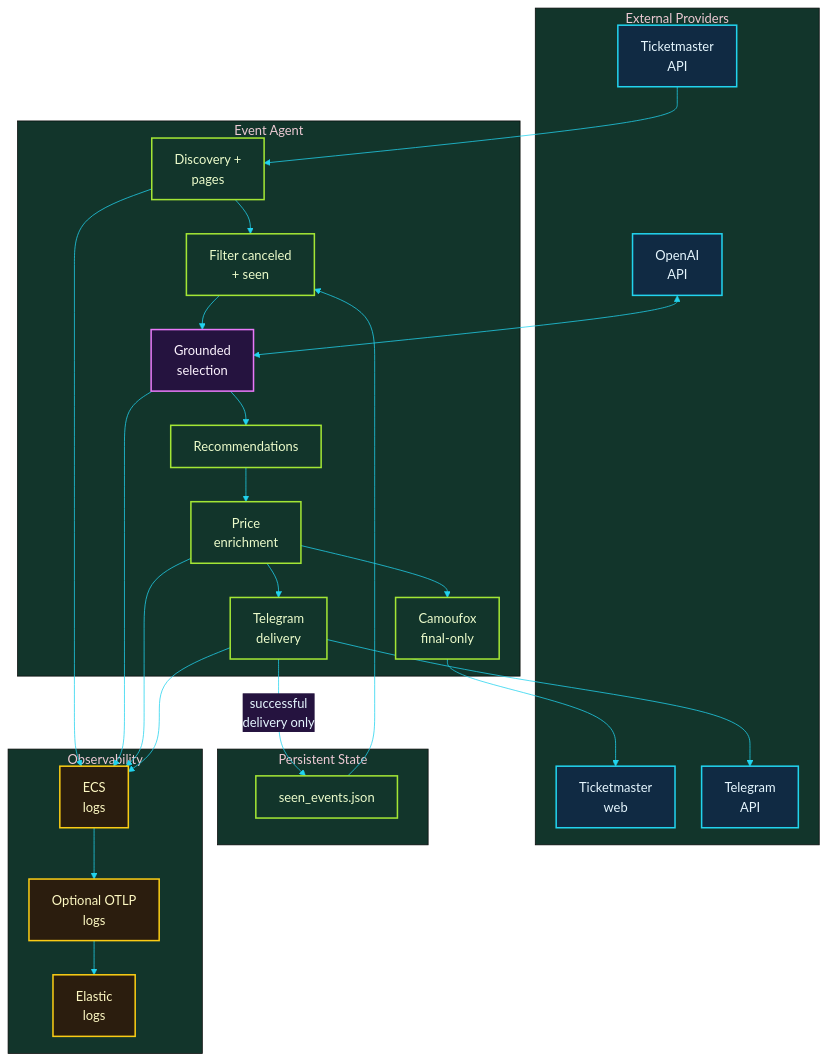
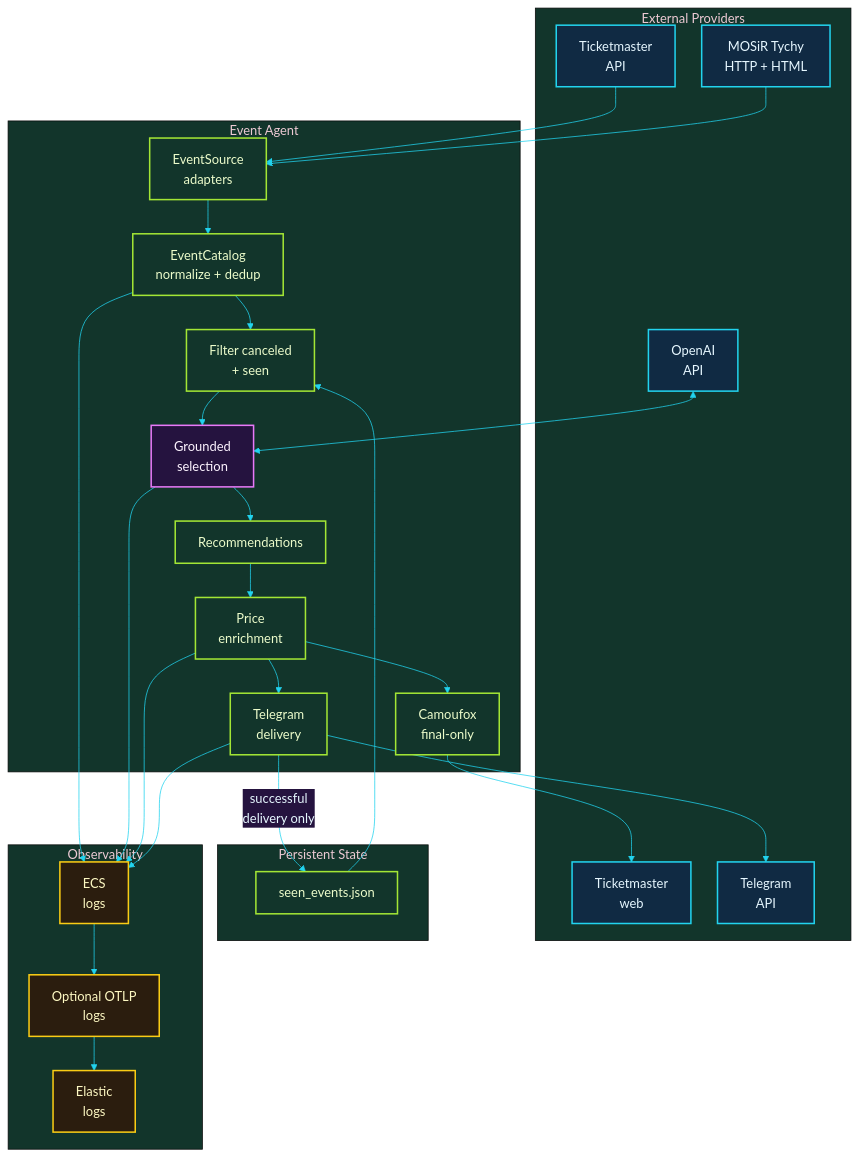
The first of 3 diagrams in docs/architecture.md (michalmarczuk/event-agent), drawn with Mermaid before and after one commit. The commit also changed other lines of this file and 5 other files, not shown here.

Commit message:
Document multi-source event discovery architecture

````diff
--- a/docs/architecture.md
+++ b/docs/architecture.md
@@ -30,51 +31,54 @@
 ```mermaid
 %%{init: {'theme': 'base', 'themeVariables': {'background': '#07111f', 'primaryColor': '#102a43', 'primaryTextColor': '#e6f7ff', 'primaryBorderColor': '#22d3ee', 'secondaryColor': '#25133f', 'tertiaryColor': '#12352b', 'lineColor': '#22d3ee', 'fontFamily': 'ui-sans-serif, system-ui', 'fontSize': '17px'}, 'flowchart': {'nodeSpacing': 35, 'rankSpacing': 45}}}%%
 flowchart TB
     subgraph providers["External Providers"]
         tm_api["Ticketmaster<br/>API"]
+        mosir["MOSiR Tychy<br/>HTTP + HTML"]
         openai["OpenAI<br/>API"]
         tm_web["Ticketmaster<br/>web"]
         telegram_api["Telegram<br/>API"]
     end
 
     subgraph event_agent["Event Agent"]
-        discovery["Discovery +<br/>pages"]
+        sources["EventSource<br/>adapters"]
+        catalog["EventCatalog<br/>normalize + dedup"]
         filtering["Filter canceled<br/>+ seen"]
         selection["Grounded<br/>selection"]
         final["Recommendations"]
         enrichment["Price<br/>enrichment"]
         camoufox["Camoufox<br/>final-only"]
         delivery["Telegram<br/>delivery"]
     end
 
     subgraph state["Persistent State"]
         history["seen_events.json"]
     end
 
     subgraph observability["Observability"]
         logs["ECS<br/>logs"]
         otlp["Optional OTLP<br/>logs"]
         elastic["Elastic<br/>logs"]
     end
 
-    tm_api --> discovery --> filtering --> selection
+    tm_api --> sources
+    mosir --> sources --> catalog --> filtering --> selection
     openai <--> selection
     selection --> final --> enrichment --> delivery
     enrichment --> camoufox --> tm_web
     delivery --> telegram_api
     history --> filtering
     delivery -->|"successful<br/>delivery only"| history
-    discovery --> logs
+    catalog --> logs
     selection --> logs
     enrichment --> logs
     delivery --> logs --> otlp --> elastic
 
     classDef external fill:#102a43,stroke:#22d3ee,color:#e6f7ff,stroke-width:2px;
     classDef ai fill:#25133f,stroke:#e879f9,color:#fdf4ff,stroke-width:2px;
     classDef deterministic fill:#12352b,stroke:#a3e635,color:#ecfccb,stroke-width:2px;
     classDef observability fill:#2b1d0e,stroke:#facc15,color:#fef9c3,stroke-width:2px;
-    class tm_api,openai,tm_web,telegram_api external;
+    class tm_api,mosir,openai,tm_web,telegram_api external;
     class selection ai;
-    class discovery,filtering,final,enrichment,camoufox,delivery,history deterministic;
+    class sources,catalog,filtering,final,enrichment,camoufox,delivery,history deterministic;
     class logs,otlp,elastic observability;
 ```
````
